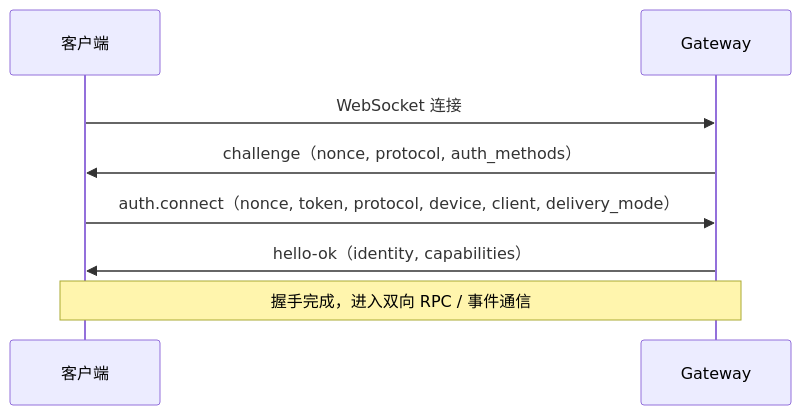
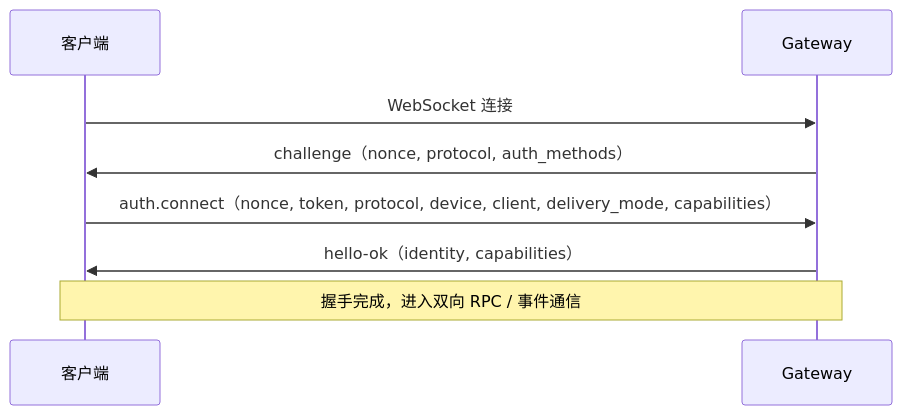
The diagram in docs/sdk/02-WebSocket协议.md (ModelUnion/aun-sdk-core), drawn with Mermaid before and after one commit. The commit also changed other lines of this file and 83 other files, not shown here.

````diff
--- a/docs/sdk/02-WebSocket协议.md
+++ b/docs/sdk/02-WebSocket协议.md
@@ -9,11 +9,11 @@
 ```mermaid
 sequenceDiagram
     participant C as 客户端
     participant G as Gateway
 
     C->>G: WebSocket 连接
     G->>C: challenge（nonce, protocol, auth_methods）
-    C->>G: auth.connect（nonce, token, protocol, device, client, delivery_mode）
+    C->>G: auth.connect（nonce, token, protocol, device, client, delivery_mode, capabilities）
     G->>C: hello-ok（identity, capabilities）
     Note over C,G: 握手完成，进入双向 RPC / 事件通信
 ```
````
